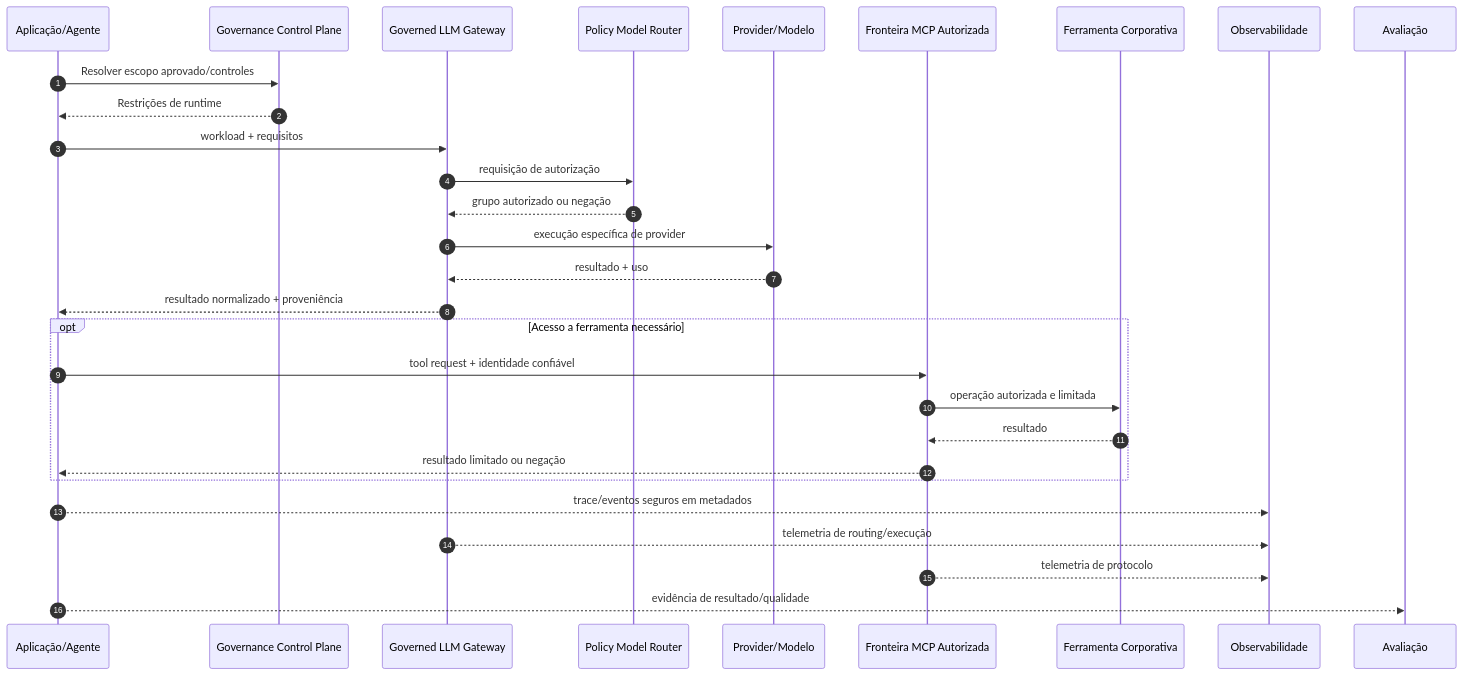
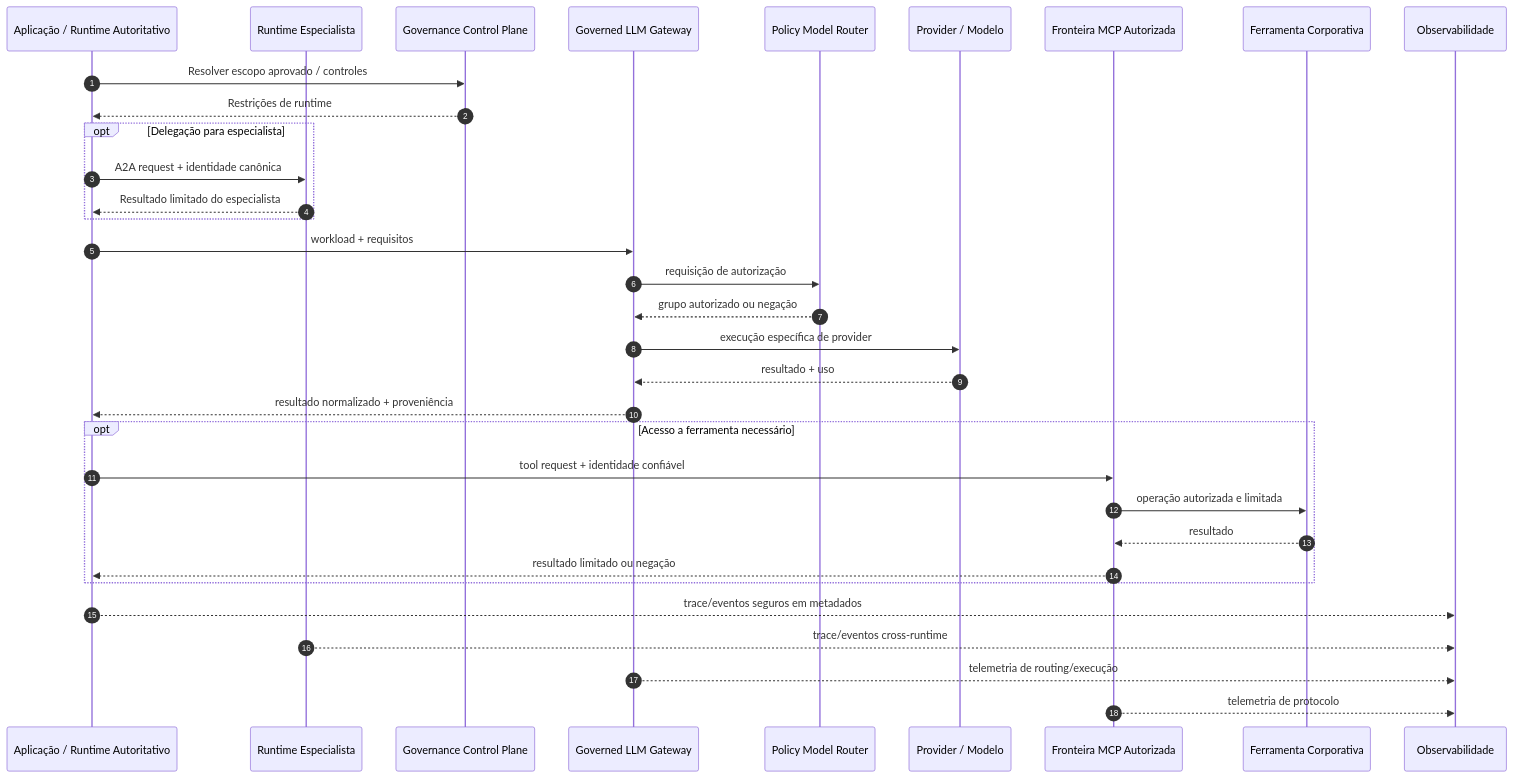
The third of 3 diagrams in PORTFOLIO_ARCHITECTURE.pt-BR.md (brunovicco/brunovicco), drawn with Mermaid before and after one commit. The commit also changed other lines of this file and 3 other files, not shown here.

````diff
--- a/PORTFOLIO_ARCHITECTURE.pt-BR.md
+++ b/PORTFOLIO_ARCHITECTURE.pt-BR.md
@@ -717,37 +501,41 @@
 ```mermaid
 sequenceDiagram
     autonumber
 
-    participant App as Aplicação/Agente
+    participant App as Aplicação / Runtime Autoritativo
+    participant Spec as Runtime Especialista
     participant Gov as Governance Control Plane
     participant GW as Governed LLM Gateway
     participant PDP as Policy Model Router
-    participant LLM as Provider/Modelo
+    participant LLM as Provider / Modelo
     participant MCP as Fronteira MCP Autorizada
     participant Tool as Ferramenta Corporativa
     participant OTel as Observabilidade
-    participant Eval as Avaliação
 
-    App->>Gov: Resolver escopo aprovado/controles
+    App->>Gov: Resolver escopo aprovado / controles
     Gov-->>App: Restrições de runtime
+
+    opt Delegação para especialista
+        App->>Spec: A2A request + identidade canônica
+        Spec-->>App: Resultado limitado do especialista
+    end
 
     App->>GW: workload + requisitos
     GW->>PDP: requisição de autorização
     PDP-->>GW: grupo autorizado ou negação
     GW->>LLM: execução específica de provider
     LLM-->>GW: resultado + uso
     GW-->>App: resultado normalizado + proveniência
 
     opt Acesso a ferramenta necessário
         App->>MCP: tool request + identidade confiável
         MCP->>Tool: operação autorizada e limitada
         Tool-->>MCP: resultado
         MCP-->>App: resultado limitado ou negação
     end
 
     App-->>OTel: trace/eventos seguros em metadados
+    Spec-->>OTel: trace/eventos cross-runtime
     GW-->>OTel: telemetria de routing/execução
     MCP-->>OTel: telemetria de protocolo
-
-    App-->>Eval: evidência de resultado/qualidade
 ```
````
